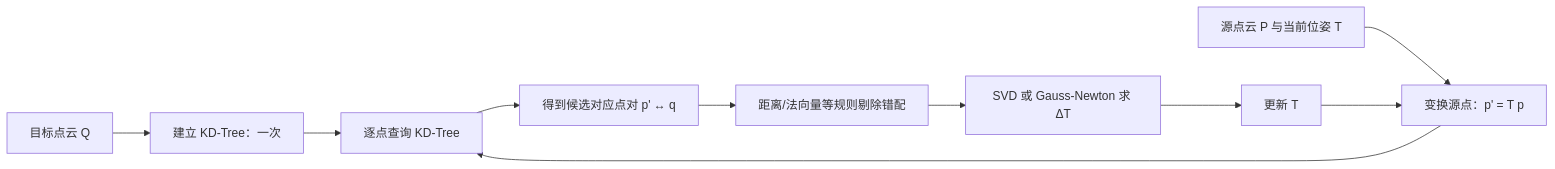
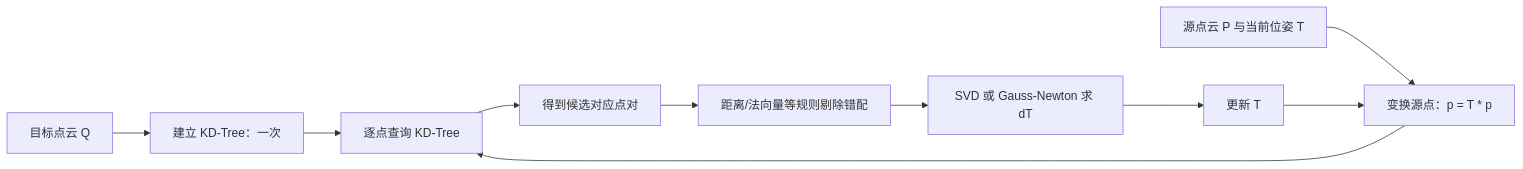
The third of 3 diagrams in src/LaserMotion/doc/ICP匹配原理与SVD讲解.md (2KM2/ROS-NOTEIC), drawn with Mermaid before and after one commit. The commit also changed other lines of this file and 1 other file, not shown here.

First line of the commit message:
docs: fix Mermaid diagrams in ICP guides

````diff
--- a/src/LaserMotion/doc/ICP匹配原理与SVD讲解.md
+++ b/src/LaserMotion/doc/ICP匹配原理与SVD讲解.md
@@ -969,12 +968,12 @@
 ```mermaid
 flowchart LR
-    A[目标点云 Q] --> B[建立 KD-Tree：一次]
-    C[源点云 P 与当前位姿 T] --> D[变换源点：p' = T p]
-    D --> E[逐点查询 KD-Tree]
+    A["目标点云 Q"] --> B["建立 KD-Tree：一次"]
+    C["源点云 P 与当前位姿 T"] --> D["变换源点：p = T * p"]
+    D --> E["逐点查询 KD-Tree"]
     B --> E
-    E --> F[得到候选对应点对 p' ↔ q]
-    F --> G[距离/法向量等规则剔除错配]
-    G --> H[SVD 或 Gauss-Newton 求 ΔT]
-    H --> I[更新 T]
+    E --> F["得到候选对应点对"]
+    F --> G["距离/法向量等规则剔除错配"]
+    G --> H["SVD 或 Gauss-Newton 求 dT"]
+    H --> I["更新 T"]
     I --> D
 ```
````
